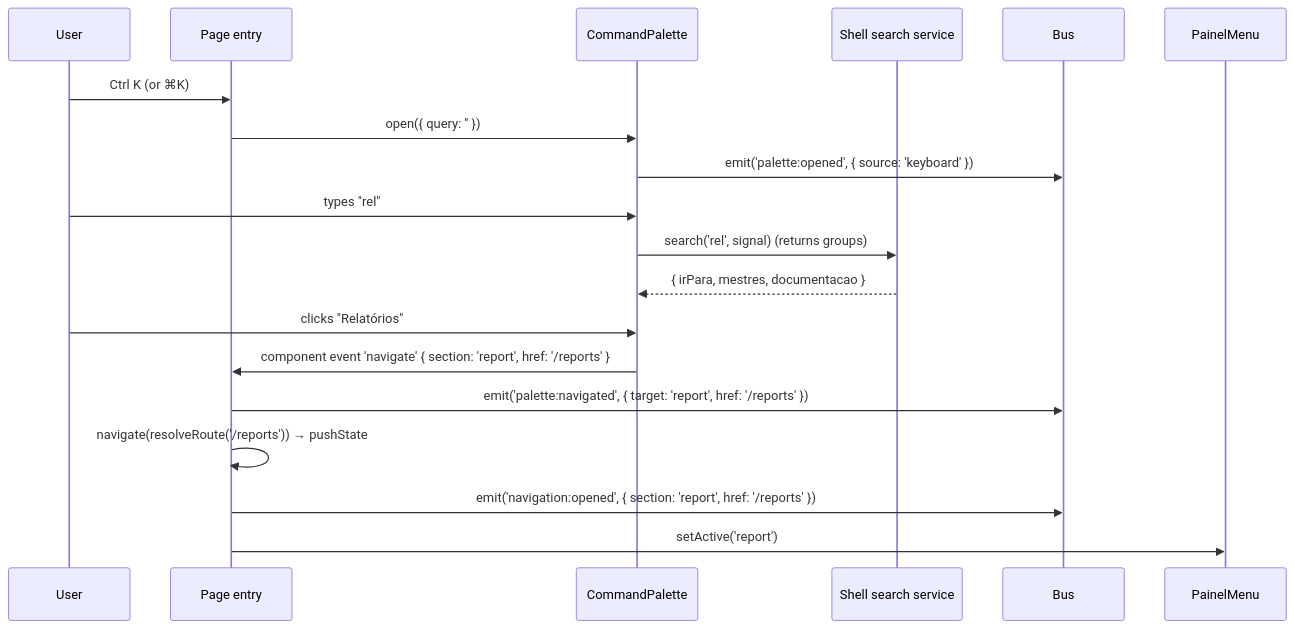
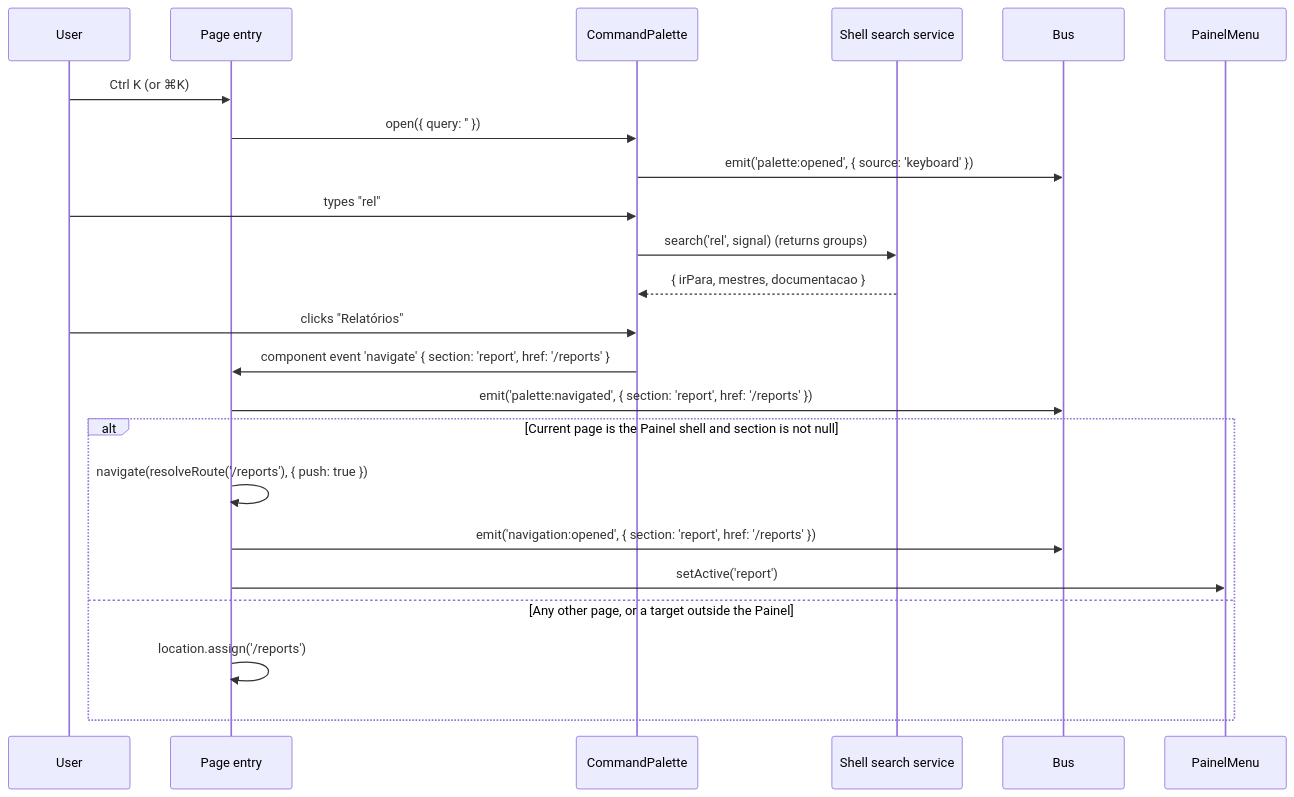
Before and after one commit to werlang/gladCode2: the eighth of 9 diagrams in docs/frontend/events.md, drawn with Mermaid. The commit also changed other lines of this file and 5 other files, not shown here.

````diff
--- a/docs/frontend/events.md
+++ b/docs/frontend/events.md
@@ -497,21 +511,25 @@
 ```mermaid
 sequenceDiagram
     participant User
     participant Shell as Page entry
     participant Palette as CommandPalette
     participant Search as Shell search service
     participant Bus
     participant Menu as PainelMenu
     User->>Shell: Ctrl K (or ⌘K)
     Shell->>Palette: open({ query: '' })
     Palette->>Bus: emit('palette:opened', { source: 'keyboard' })
     User->>Palette: types "rel"
     Palette->>Search: search('rel', signal) (returns groups)
     Search-->>Palette: { irPara, mestres, documentacao }
     User->>Palette: clicks "Relatórios"
     Palette->>Shell: component event 'navigate' { section: 'report', href: '/reports' }
-    Shell->>Bus: emit('palette:navigated', { target: 'report', href: '/reports' })
-    Shell->>Shell: navigate(resolveRoute('/reports')) → pushState
-    Shell->>Bus: emit('navigation:opened', { section: 'report', href: '/reports' })
-    Shell->>Menu: setActive('report')
+    Shell->>Bus: emit('palette:navigated', { section: 'report', href: '/reports' })
+    alt Current page is the Painel shell and section is not null
+        Shell->>Shell: navigate(resolveRoute('/reports'), { push: true })
+        Shell->>Bus: emit('navigation:opened', { section: 'report', href: '/reports' })
+        Shell->>Menu: setActive('report')
+    else Any other page, or a target outside the Painel
+        Shell->>Shell: location.assign('/reports')
+    end
 ```
````
